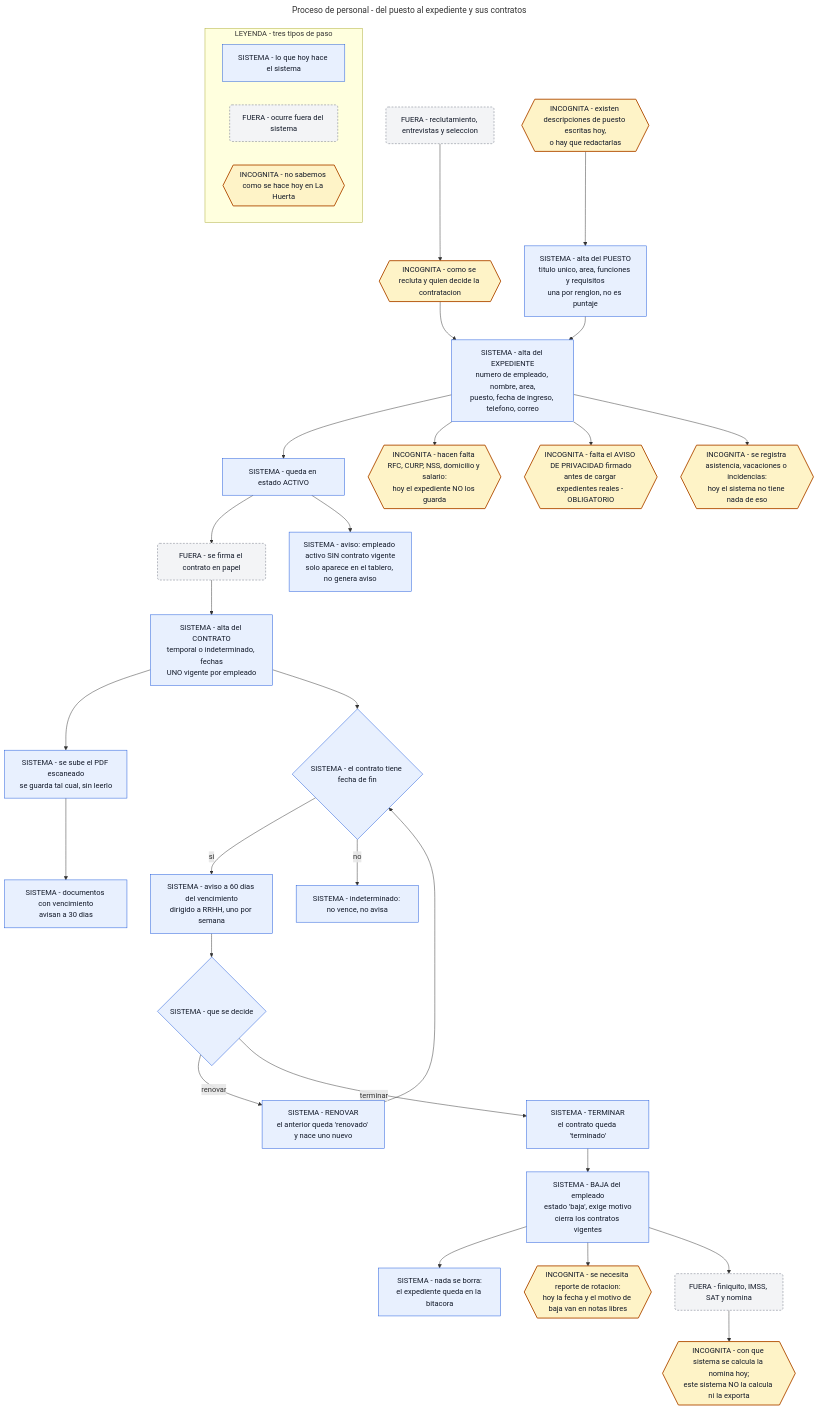
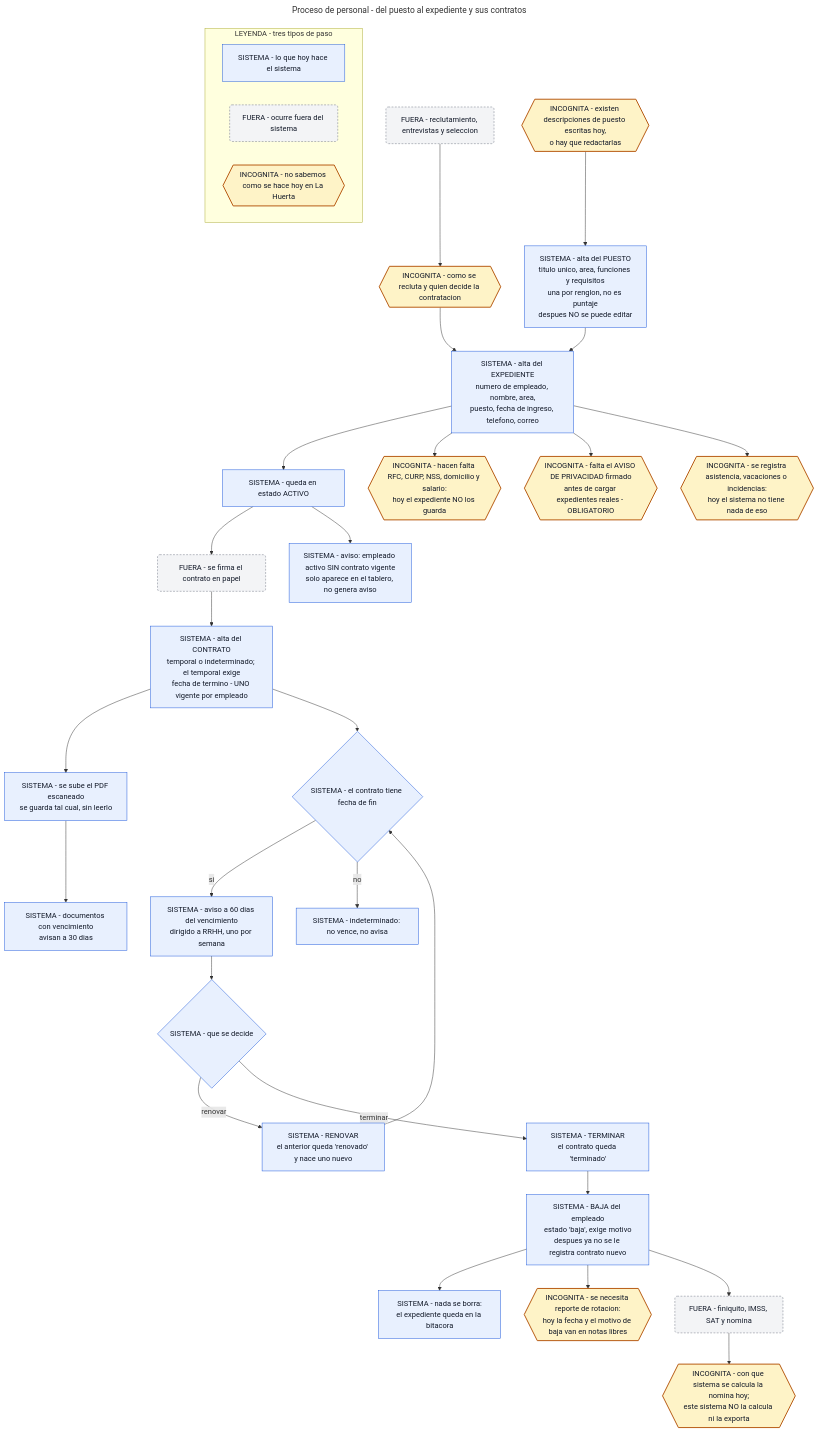
One commit to erimaan13-cmd/lahuerta-crm changed the diagram in docs/diagrams/10_proceso_personal.mmd. Above: the diagram before and after it, drawn with Mermaid. The commit also changed 21 other files, not shown here.

First line of the commit message:
Sincroniza los diagramas con la auditoría y agrega la guía de junta

```diff
--- a/docs/diagrams/10_proceso_personal.mmd
+++ b/docs/diagrams/10_proceso_personal.mmd
@@ -1,58 +1,58 @@
 ---
 title: Proceso de personal - del puesto al expediente y sus contratos
 ---
 flowchart TB
   subgraph LEYENDA["LEYENDA - tres tipos de paso"]
     L1["SISTEMA - lo que hoy hace el sistema"]
     L2("FUERA - ocurre fuera del sistema")
     L3{{"INCOGNITA - no sabemos como se hace hoy en La Huerta"}}
   end
 
-  A1["SISTEMA - alta del PUESTO<br/>titulo unico, area, funciones y requisitos<br/>una por renglon, no es puntaje"]
+  A1["SISTEMA - alta del PUESTO<br/>titulo unico, area, funciones y requisitos<br/>una por renglon, no es puntaje<br/>despues NO se puede editar"]
   A2{{"INCOGNITA - existen descripciones de puesto escritas hoy,<br/>o hay que redactarlas"}}
   A2 --> A1
 
   B1("FUERA - reclutamiento, entrevistas y seleccion")
   B1 --> B2{{"INCOGNITA - como se recluta y quien decide la contratacion"}}
   B2 --> C1
 
   A1 --> C1["SISTEMA - alta del EXPEDIENTE<br/>numero de empleado, nombre, area,<br/>puesto, fecha de ingreso, telefono, correo"]
   C1 --> C2["SISTEMA - queda en estado ACTIVO"]
 
   C1 --> C3{{"INCOGNITA - hacen falta RFC, CURP, NSS, domicilio y salario:<br/>hoy el expediente NO los guarda"}}
 
   C2 --> D1("FUERA - se firma el contrato en papel")
-  D1 --> D2["SISTEMA - alta del CONTRATO<br/>temporal o indeterminado, fechas<br/>UNO vigente por empleado"]
+  D1 --> D2["SISTEMA - alta del CONTRATO<br/>temporal o indeterminado; el temporal exige<br/>fecha de termino - UNO vigente por empleado"]
   D2 --> D3["SISTEMA - se sube el PDF escaneado<br/>se guarda tal cual, sin leerlo"]
 
   D2 --> E1{"SISTEMA - el contrato tiene fecha de fin"}
   E1 -->|si| E2["SISTEMA - aviso a 60 dias del vencimiento<br/>dirigido a RRHH, uno por semana"]
   E1 -->|no| E3["SISTEMA - indeterminado: no vence, no avisa"]
 
   E2 --> F1{"SISTEMA - que se decide"}
   F1 -->|renovar| F2["SISTEMA - RENOVAR<br/>el anterior queda 'renovado' y nace uno nuevo"]
   F1 -->|terminar| F3["SISTEMA - TERMINAR<br/>el contrato queda 'terminado'"]
   F2 --> E1
 
-  F3 --> G1["SISTEMA - BAJA del empleado<br/>estado 'baja', exige motivo<br/>cierra los contratos vigentes"]
+  F3 --> G1["SISTEMA - BAJA del empleado<br/>estado 'baja', exige motivo<br/>despues ya no se le registra contrato nuevo"]
   G1 --> G2["SISTEMA - nada se borra:<br/>el expediente queda en la bitacora"]
 
   G1 --> G3{{"INCOGNITA - se necesita reporte de rotacion:<br/>hoy la fecha y el motivo de baja van en notas libres"}}
 
   C2 --> H1["SISTEMA - aviso: empleado activo SIN contrato vigente<br/>solo aparece en el tablero, no genera aviso"]
 
   D3 --> I1["SISTEMA - documentos con vencimiento<br/>avisan a 30 dias"]
 
   G1 --> J1("FUERA - finiquito, IMSS, SAT y nomina")
   J1 --> J2{{"INCOGNITA - con que sistema se calcula la nomina hoy;<br/>este sistema NO la calcula ni la exporta"}}
 
   C1 --> K1{{"INCOGNITA - falta el AVISO DE PRIVACIDAD firmado<br/>antes de cargar expedientes reales - OBLIGATORIO"}}
 
   C1 --> K2{{"INCOGNITA - se registra asistencia, vacaciones o incidencias:<br/>hoy el sistema no tiene nada de eso"}}
 
   classDef sistema fill:#e8f0fe,stroke:#1a56db,color:#111827
   classDef fuera fill:#f3f4f6,stroke:#6b7280,color:#111827,stroke-dasharray: 4 3
   classDef incognita fill:#fef3c7,stroke:#b45309,color:#111827,stroke-width:2px
   class L1,A1,C1,C2,D2,D3,E1,E2,E3,F1,F2,F3,G1,G2,H1,I1 sistema
   class L2,B1,D1,J1 fuera
   class L3,A2,B2,C3,G3,J2,K1,K2 incognita
```
